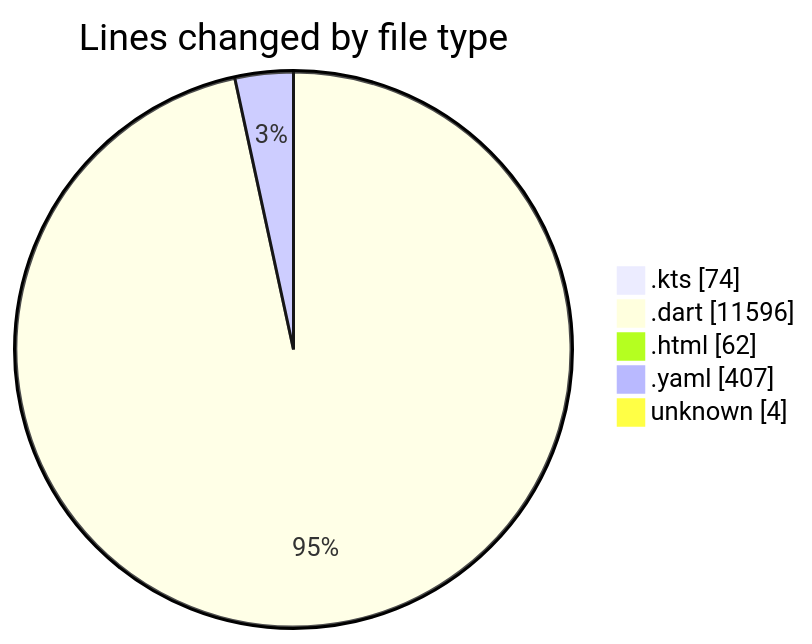
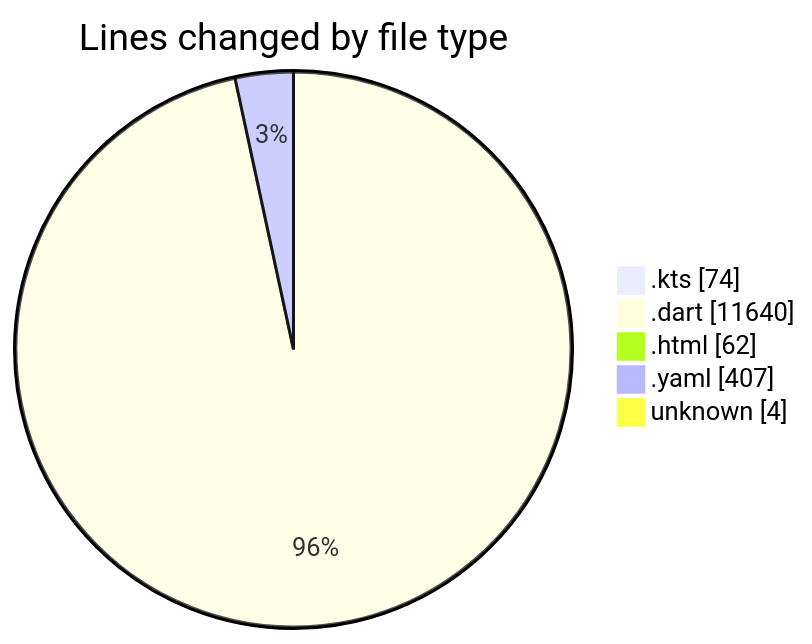
Before and after one commit to lephambinh05/code-tracking: the first of 2 diagrams in 2025-08-03/studybuddy/README.md, drawn with Mermaid. The commit also changed other lines of this file and 1 other file, not shown here.

````diff
--- a/2025-08-03/studybuddy/README.md
+++ b/2025-08-03/studybuddy/README.md
@@ -62,9 +62,9 @@
 ```mermaid
 pie showData
 title Lines changed by file type
 ".kts" : 74
-".dart" : 11596
+".dart" : 11640
 ".html" : 62
 ".yaml" : 407
 "unknown" : 4
 ```
````
